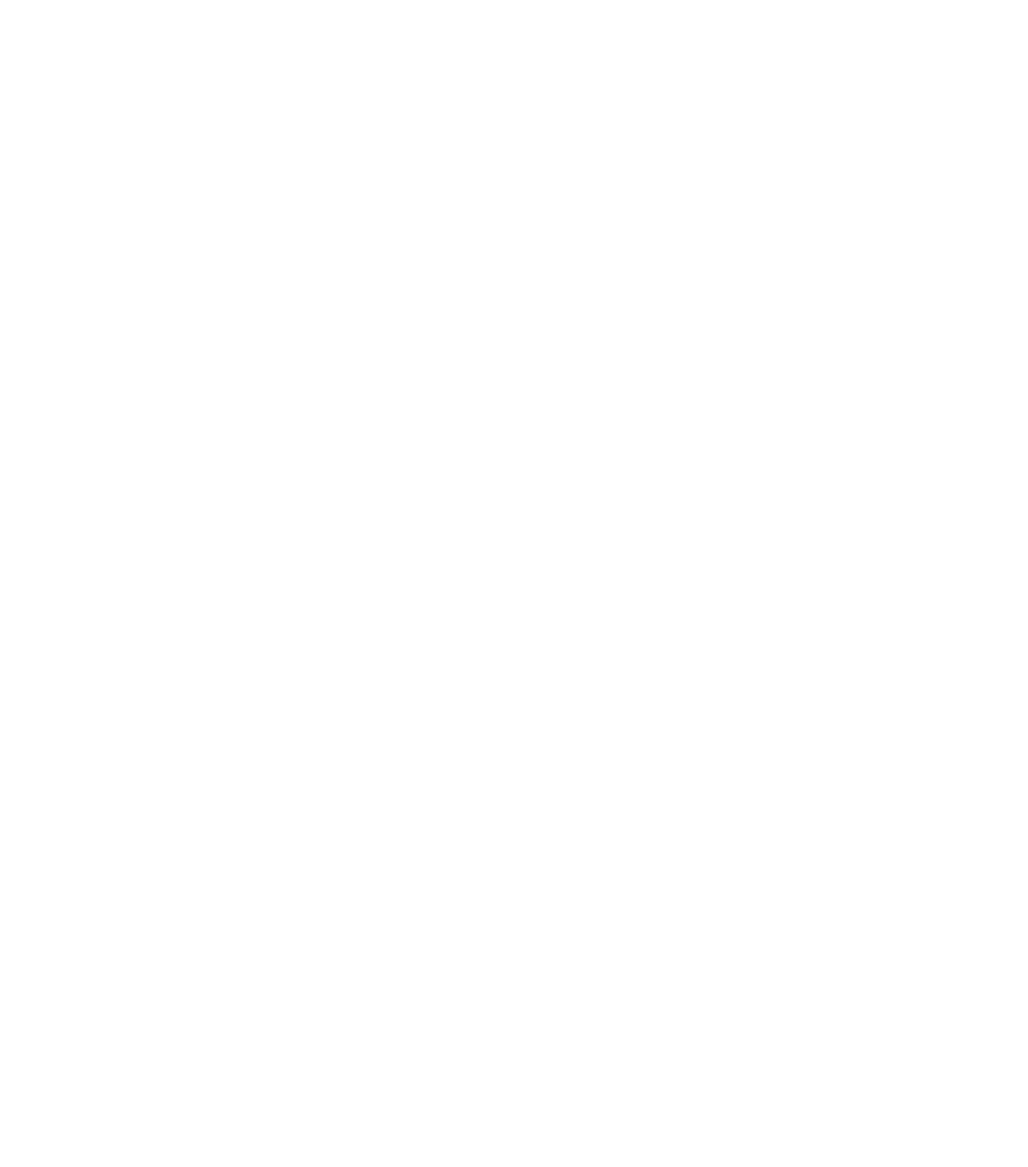
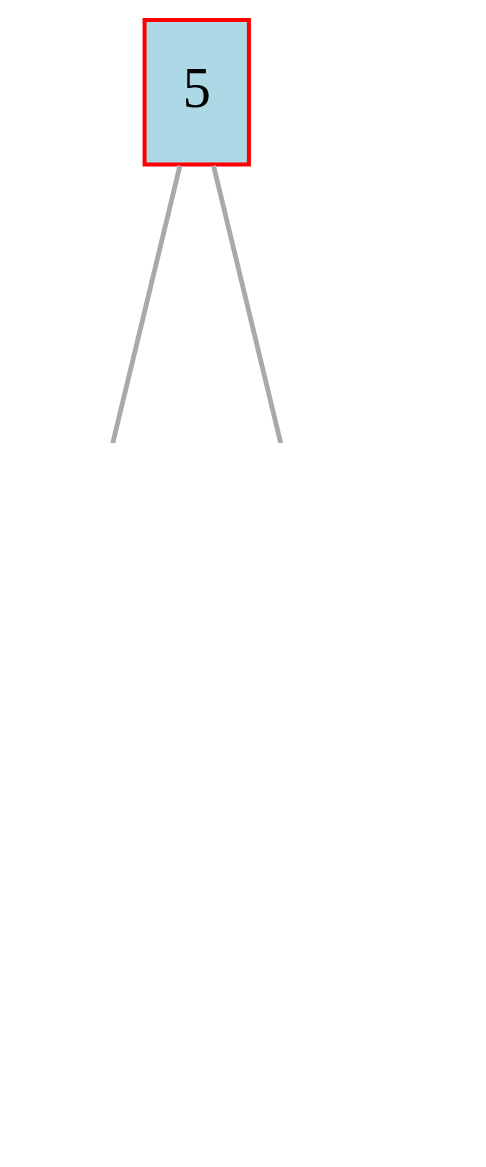
One commit to dodokek/Tree-Structure-Akinator changed the diagram in data/graph.dot. Above: the diagram before and after it, drawn with Graphviz. The commit also changed 7 other files, not shown here.

```diff
--- a/data/graph.dot
+++ b/data/graph.dot
@@ -1,31 +1,25 @@
 
     digraph g {
         dpi      = 200;
         fontname = "Comic Sans MS";
         fontsize = 20;
         rankdir   =  TB;
         edge [color = darkgrey, arrowhead = onormal, arrowsize = 1, penwidth = 1.2]
         graph[fillcolor = lightgreen, ranksep = 1.3, nodesep = 0.5,
         style = "rounded, filled",color = green, penwidth = 2]
 
-    Node0000000000e524b0[shape=rectangle, color="red", width=0.2, style="filled",fillcolor="lightblue", label="5"] 
+    Node00000000001624b0[shape=rectangle, color="red", width=0.2, style="filled",fillcolor="lightblue", label="5"] 
  
-Node0000000000e57460[shape=rectangle, color="red", width=0.2, style="filled",fillcolor="lightblue", label="sucks"] 
+Node0000000000162510[shape=rectangle, color="red", width=0.2, style="filled",fillcolor="lightblue", label="2"] 
  
-Node0000000000e52690[shape=rectangle, color="red", width=0.2, style="filled",fillcolor="lightblue", label="bebra"] 
+Node0000000000162570[shape=rectangle, color="red", width=0.2, style="filled",fillcolor="lightblue", label="8"] 
  
-Node0000000000e52510[shape=rectangle, color="red", width=0.2, style="filled",fillcolor="lightblue", label="2"] 
+Node0000000000162630[shape=rectangle, color="red", width=0.2, style="filled",fillcolor="lightblue", label="6"] 
  
-Node0000000000e52570[shape=rectangle, color="red", width=0.2, style="filled",fillcolor="lightblue", label="8"] 
+Node00000000001625d0[shape=rectangle, color="red", width=0.2, style="filled",fillcolor="lightblue", label="10"] 
  
-Node0000000000e52630[shape=rectangle, color="red", width=0.2, style="filled",fillcolor="lightblue", label="6"] 
- 
-Node0000000000e525d0[shape=rectangle, color="red", width=0.2, style="filled",fillcolor="lightblue", label="10"] 
- 
-Node0000000000e524b0->Node0000000000e57460
-Node0000000000e57460->Node0000000000e52690
-Node0000000000e57460->Node0000000000e52510
-Node0000000000e524b0->Node0000000000e52570
-Node0000000000e52570->Node0000000000e52630
-Node0000000000e52570->Node0000000000e525d0
+Node00000000001624b0->Node0000000000162510
+Node00000000001624b0->Node0000000000162570
+Node0000000000162570->Node0000000000162630
+Node0000000000162570->Node00000000001625d0
 }
```
